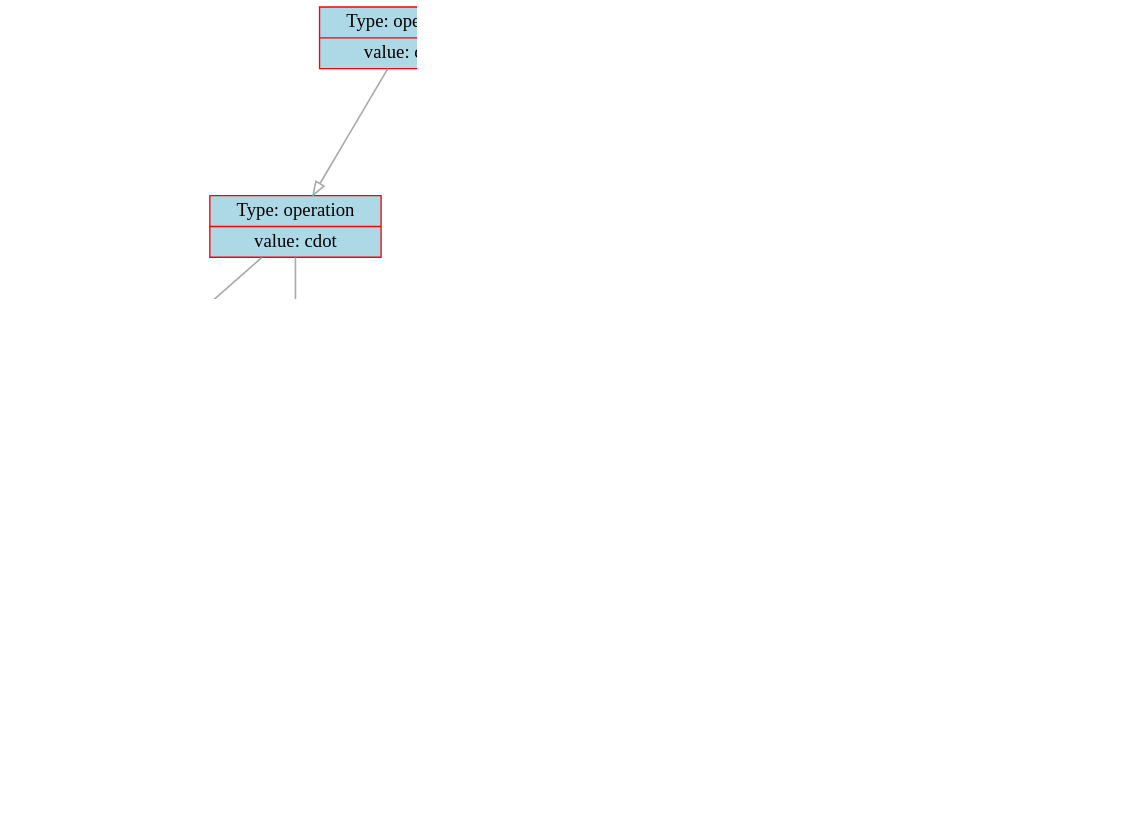
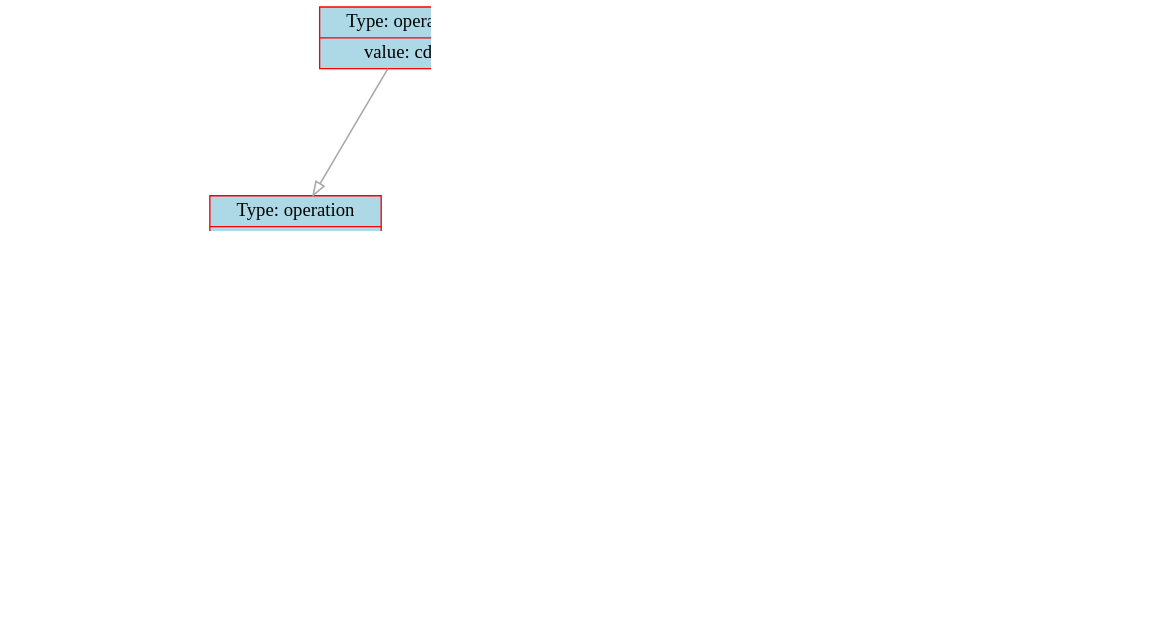
One commit to dodokek/Derivative-Calculator changed the diagram in data/graph.dot. Above: the diagram before and after it, drawn with Graphviz. The commit also changed 8 other files, not shown here.

```diff
--- a/data/graph.dot
+++ b/data/graph.dot
@@ -1,52 +1,49 @@
 
     digraph g {
         dpi      = 200;
         fontname = "Comic Sans MS";
         fontsize = 20;
         rankdir   =  TB;
         edge [color = darkgrey, arrowhead = onormal, arrowsize = 1, penwidth = 1.2]
         graph[fillcolor = lightgreen, ranksep = 1.3, nodesep = 0.5,
         style = "rounded, filled",color = green, penwidth = 2]
 
-    Node00000145fe8b1b70[shape=record, width=0.2, style="filled", color="red", fillcolor="lightblue",label=" {Type: operation | value: \cdot}"] 
+    Node00000179d90d1d20[shape=record, width=0.2, style="filled", color="red", fillcolor="lightblue",label=" {Type: operation | value: \cdot}"] 
  
-Node00000145fe8b1ae0[shape=record, width=0.2, style="filled", color="red", fillcolor="lightblue",label=" {Type: operation | value: \cdot}"] 
+Node00000179d90d1b10[shape=record, width=0.2, style="filled", color="red", fillcolor="lightblue",label=" {Type: operation | value: /}"] 
  
-Node00000145fe8b1ba0[shape=record, width=0.2, style="filled", color="red", fillcolor="lightblue",label=" {Type: number | value: -1}"] 
+Node00000179d90d1940[shape=record, width=0.2, style="filled", color="red", fillcolor="lightblue",label=" {Type: number | value: 1}"] 
  
-Node00000145fe8b1940[shape=record, width=0.2, style="filled", color="red", fillcolor="lightblue",label=" {Type: operation | value: sin}"] 
+Node00000179d90d1910[shape=record, width=0.2, style="filled", color="red", fillcolor="lightblue",label=" {Type: operation | value: \cdot}"] 
  
-Node00000145fe8b1910[shape=record, width=0.2, style="filled", color="red", fillcolor="lightblue",label=" {Type: operation | value: \cdot}"] 
+Node00000179d90d1640[shape=record, width=0.2, style="filled", color="red", fillcolor="lightblue",label=" {Type: number | value: 2}"] 
  
-Node00000145fe8b1640[shape=record, width=0.2, style="filled", color="red", fillcolor="lightblue",label=" {Type: number | value: 2}"] 
+Node00000179d90d1750[shape=record, width=0.2, style="filled", color="red", fillcolor="lightblue",label=" {Type: variable | value: x}"] 
  
-Node00000145fe8b1750[shape=record, width=0.2, style="filled", color="red", fillcolor="lightblue",label=" {Type: variable | value: x}"] 
+Node00000179d90d18e0[shape=record, width=0.2, style="filled", color="red", fillcolor="lightblue",label=" {Type: operation | value: +}"] 
  
-Node00000145fe8b18e0[shape=record, width=0.2, style="filled", color="red", fillcolor="lightblue",label=" {Type: operation | value: +}"] 
+Node00000179d90d18b0[shape=record, width=0.2, style="filled", color="red", fillcolor="lightblue",label=" {Type: operation | value: \cdot}"] 
  
-Node00000145fe8b18b0[shape=record, width=0.2, style="filled", color="red", fillcolor="lightblue",label=" {Type: operation | value: \cdot}"] 
+Node00000179d90d1880[shape=record, width=0.2, style="filled", color="red", fillcolor="lightblue",label=" {Type: number | value: 0}"] 
  
-Node00000145fe8b1880[shape=record, width=0.2, style="filled", color="red", fillcolor="lightblue",label=" {Type: number | value: 0}"] 
+Node00000179d90d1850[shape=record, width=0.2, style="filled", color="red", fillcolor="lightblue",label=" {Type: variable | value: x}"] 
  
-Node00000145fe8b1850[shape=record, width=0.2, style="filled", color="red", fillcolor="lightblue",label=" {Type: variable | value: x}"] 
+Node00000179d90d1820[shape=record, width=0.2, style="filled", color="red", fillcolor="lightblue",label=" {Type: operation | value: \cdot}"] 
  
-Node00000145fe8b1820[shape=record, width=0.2, style="filled", color="red", fillcolor="lightblue",label=" {Type: operation | value: \cdot}"] 
+Node00000179d90d17f0[shape=record, width=0.2, style="filled", color="red", fillcolor="lightblue",label=" {Type: number | value: 2}"] 
  
-Node00000145fe8b17f0[shape=record, width=0.2, style="filled", color="red", fillcolor="lightblue",label=" {Type: number | value: 2}"] 
+Node00000179d90d14a0[shape=record, width=0.2, style="filled", color="red", fillcolor="lightblue",label=" {Type: number | value: 1}"] 
  
-Node00000145fe8b14a0[shape=record, width=0.2, style="filled", color="red", fillcolor="lightblue",label=" {Type: number | value: 1}"] 
- 
-Node00000145fe8b1b70->Node00000145fe8b1ae0
-Node00000145fe8b1ae0->Node00000145fe8b1ba0
-Node00000145fe8b1ae0->Node00000145fe8b1940
-Node00000145fe8b1940->Node00000145fe8b1910
-Node00000145fe8b1910->Node00000145fe8b1640
-Node00000145fe8b1910->Node00000145fe8b1750
-Node00000145fe8b1b70->Node00000145fe8b18e0
-Node00000145fe8b18e0->Node00000145fe8b18b0
-Node00000145fe8b18b0->Node00000145fe8b1880
-Node00000145fe8b18b0->Node00000145fe8b1850
-Node00000145fe8b18e0->Node00000145fe8b1820
-Node00000145fe8b1820->Node00000145fe8b17f0
-Node00000145fe8b1820->Node00000145fe8b14a0
+Node00000179d90d1d20->Node00000179d90d1b10
+Node00000179d90d1b10->Node00000179d90d1940
+Node00000179d90d1b10->Node00000179d90d1910
+Node00000179d90d1910->Node00000179d90d1640
+Node00000179d90d1910->Node00000179d90d1750
+Node00000179d90d1d20->Node00000179d90d18e0
+Node00000179d90d18e0->Node00000179d90d18b0
+Node00000179d90d18b0->Node00000179d90d1880
+Node00000179d90d18b0->Node00000179d90d1850
+Node00000179d90d18e0->Node00000179d90d1820
+Node00000179d90d1820->Node00000179d90d17f0
+Node00000179d90d1820->Node00000179d90d14a0
 }
```
